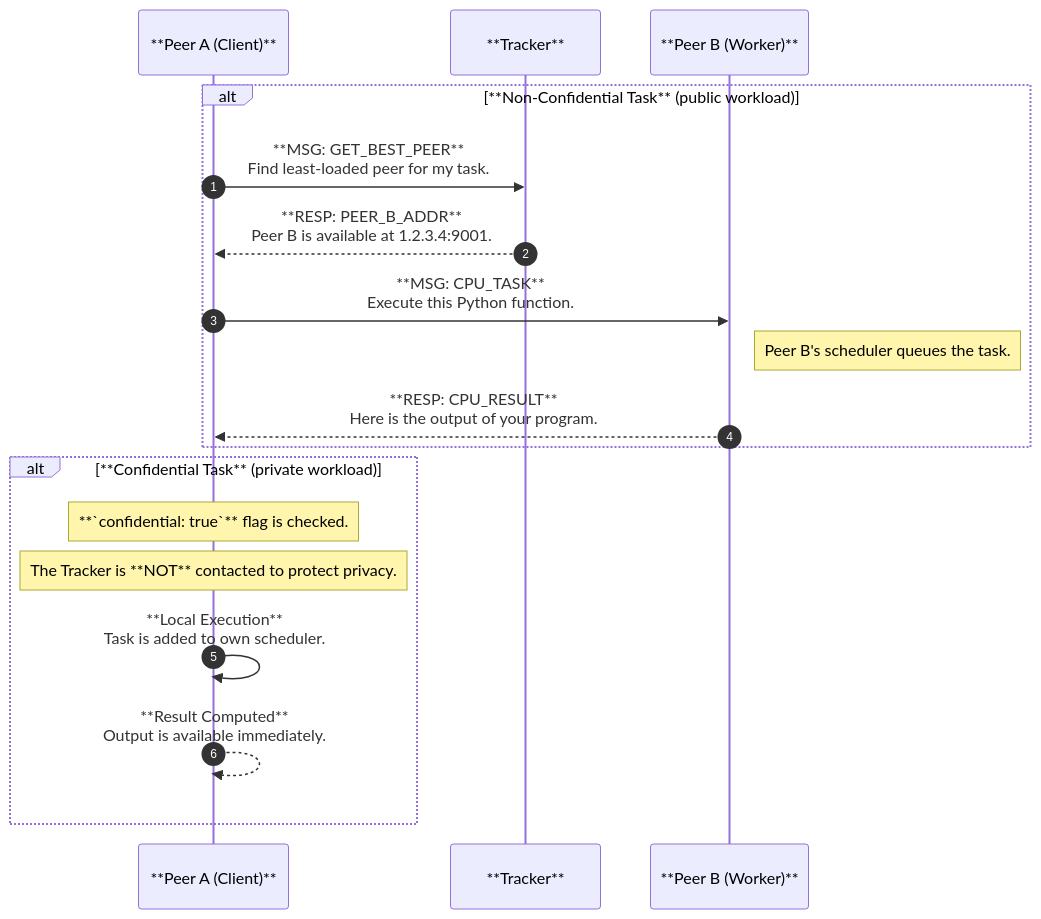
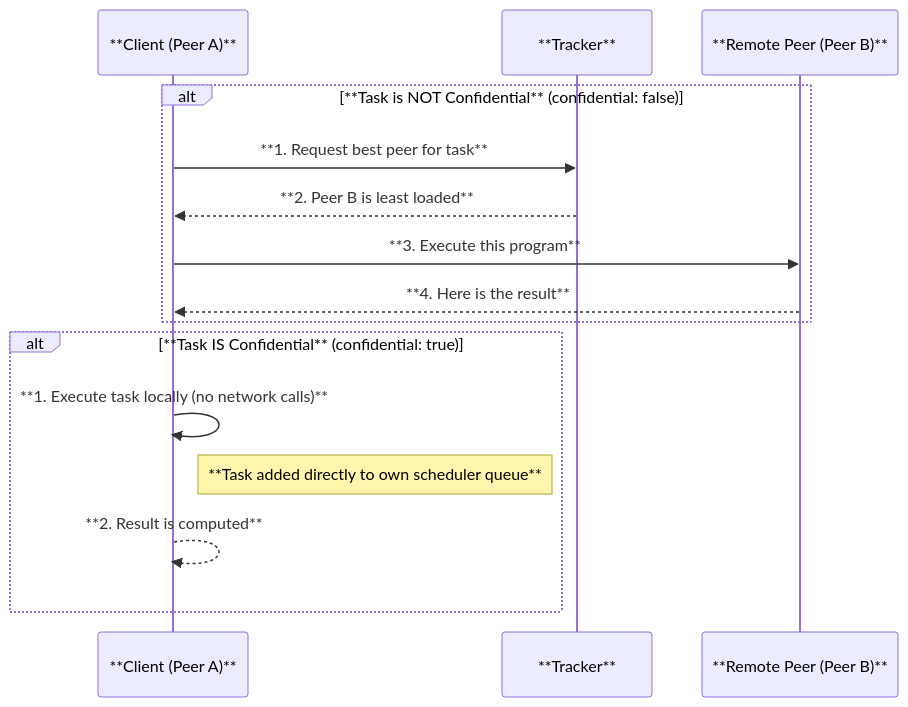
The second of 2 diagrams in README.md (AbdullahhussainYasim/p2p-os-term-project), drawn with Mermaid before and after one commit. The commit also changed other lines of this file, not shown here.

````diff
--- a/README.md
+++ b/README.md
@@ -124,22 +147,19 @@
 ```mermaid
 sequenceDiagram
-    autonumber
-    participant Client as **Peer A (Client)**
+    participant Client as **Client (Peer A)**
     participant Tracker as **Tracker**
-    participant PeerB as **Peer B (Worker)**
+    participant PeerB as **Remote Peer (Peer B)**
 
-    alt **Non-Confidential Task** (public workload)
-        Client->>Tracker: **MSG: GET_BEST_PEER**<br/>Find least-loaded peer for my task.
-        Tracker-->>Client: **RESP: PEER_B_ADDR**<br/>Peer B is available at 1.2.3.4:9001.
-        Client->>PeerB: **MSG: CPU_TASK**<br/>Execute this Python function.
-        Note right of PeerB: Peer B's scheduler queues the task.
-        PeerB-->>Client: **RESP: CPU_RESULT**<br/>Here is the output of your program.
+    alt **Task is NOT Confidential** (confidential: false)
+        Client->>Tracker: **1. Request best peer for task**
+        Tracker-->>Client: **2. Peer B is least loaded**
+        Client->>PeerB: **3. Execute this program**
+        PeerB-->>Client: **4. Here is the result**
     end
 
-    alt **Confidential Task** (private workload)
-        Note over Client: **`confidential: true`** flag is checked.
-        Note over Client: The Tracker is **NOT** contacted to protect privacy.
-        Client->>Client: **Local Execution**<br/>Task is added to own scheduler.
-        Client-->>Client: **Result Computed**<br/>Output is available immediately.
+    alt **Task IS Confidential** (confidential: true)
+        Client->>Client: **1. Execute task locally (no network calls)**
+        Note right of Client: **Task added directly to own scheduler queue**
+        Client-->>Client: **2. Result is computed**
     end
 ```
````
